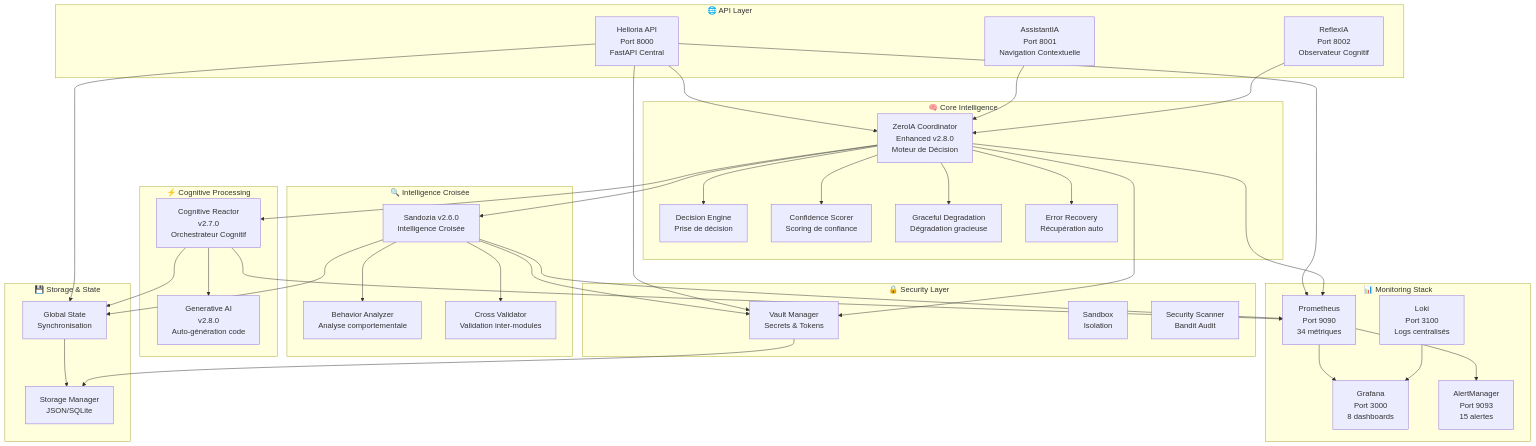
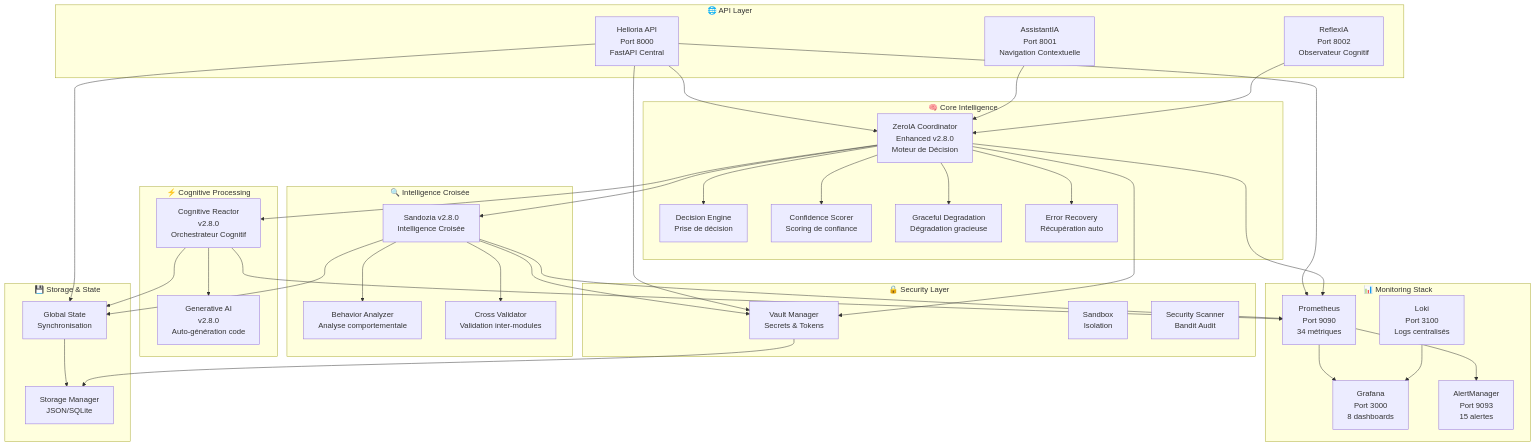
Before and after one commit to arkalia-luna-system/arkalia-luna-pro: the first of 3 diagrams in README.md, drawn with Mermaid. The commit also changed other lines of this file and 75 other files, not shown here.

````diff
--- a/README.md
+++ b/README.md
@@ -96,81 +101,81 @@
 ```mermaid
 graph TB
     subgraph "🌐 API Layer"
         H[Helloria API<br/>Port 8000<br/>FastAPI Central]
         A[AssistantIA<br/>Port 8001<br/>Navigation Contextuelle]
         R[ReflexIA<br/>Port 8002<br/>Observateur Cognitif]
     end
 
     subgraph "🧠 Core Intelligence"
         Z[ZeroIA Coordinator<br/>Enhanced v2.8.0<br/>Moteur de Décision]
         ZD[Decision Engine<br/>Prise de décision]
         ZC[Confidence Scorer<br/>Scoring de confiance]
         ZG[Graceful Degradation<br/>Dégradation gracieuse]
         ZE[Error Recovery<br/>Récupération auto]
     end
 
     subgraph "🔍 Intelligence Croisée"
-        S[Sandozia v2.6.0<br/>Intelligence Croisée]
+        S[Sandozia v2.8.0<br/>Intelligence Croisée]
         SA[Behavior Analyzer<br/>Analyse comportementale]
         SV[Cross Validator<br/>Validation inter-modules]
     end
 
     subgraph "⚡ Cognitive Processing"
-        CR[Cognitive Reactor<br/>v2.7.0<br/>Orchestrateur Cognitif]
+        CR[Cognitive Reactor<br/>v2.8.0<br/>Orchestrateur Cognitif]
         GA[Generative AI<br/>v2.8.0<br/>Auto-génération code]
     end
 
     subgraph "📊 Monitoring Stack"
         P[Prometheus<br/>Port 9090<br/>34 métriques]
         G[Grafana<br/>Port 3000<br/>8 dashboards]
         L[Loki<br/>Port 3100<br/>Logs centralisés]
         AM[AlertManager<br/>Port 9093<br/>15 alertes]
     end
 
     subgraph "🔒 Security Layer"
         V[Vault Manager<br/>Secrets & Tokens]
         SB[Sandbox<br/>Isolation]
         SC[Security Scanner<br/>Bandit Audit]
     end
 
     subgraph "💾 Storage & State"
         GS[Global State<br/>Synchronisation]
         ST[Storage Manager<br/>JSON/SQLite]
     end
 
     H --> Z
     A --> Z
     R --> Z
 
     Z --> ZD
     Z --> ZC
     Z --> ZG
     Z --> ZE
 
     Z --> S
     S --> SA
     S --> SV
 
     Z --> CR
     CR --> GA
 
     H --> GS
     S --> GS
     CR --> GS
 
     H --> V
     S --> V
     Z --> V
 
     H --> P
     Z --> P
     S --> P
     CR --> P
 
     P --> G
     P --> AM
     L --> G
 
     GS --> ST
     V --> ST
 ```
````
